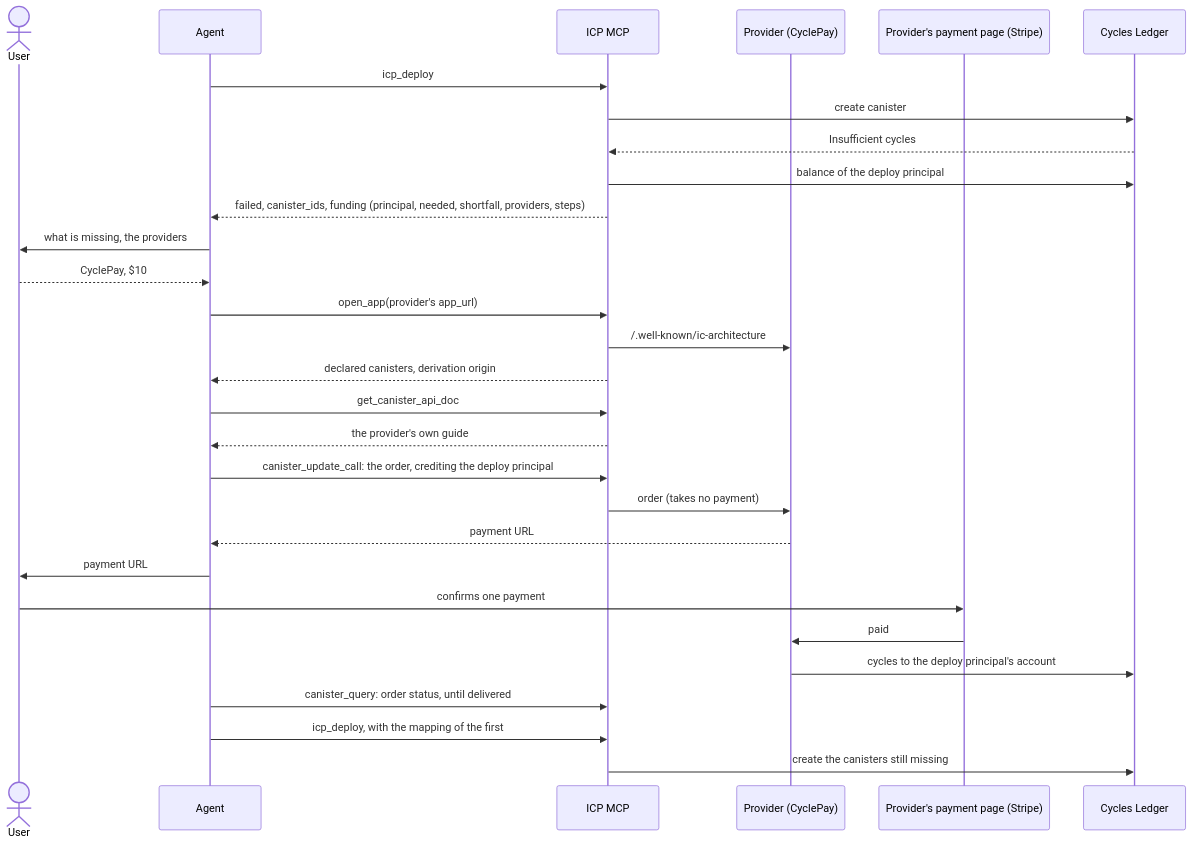
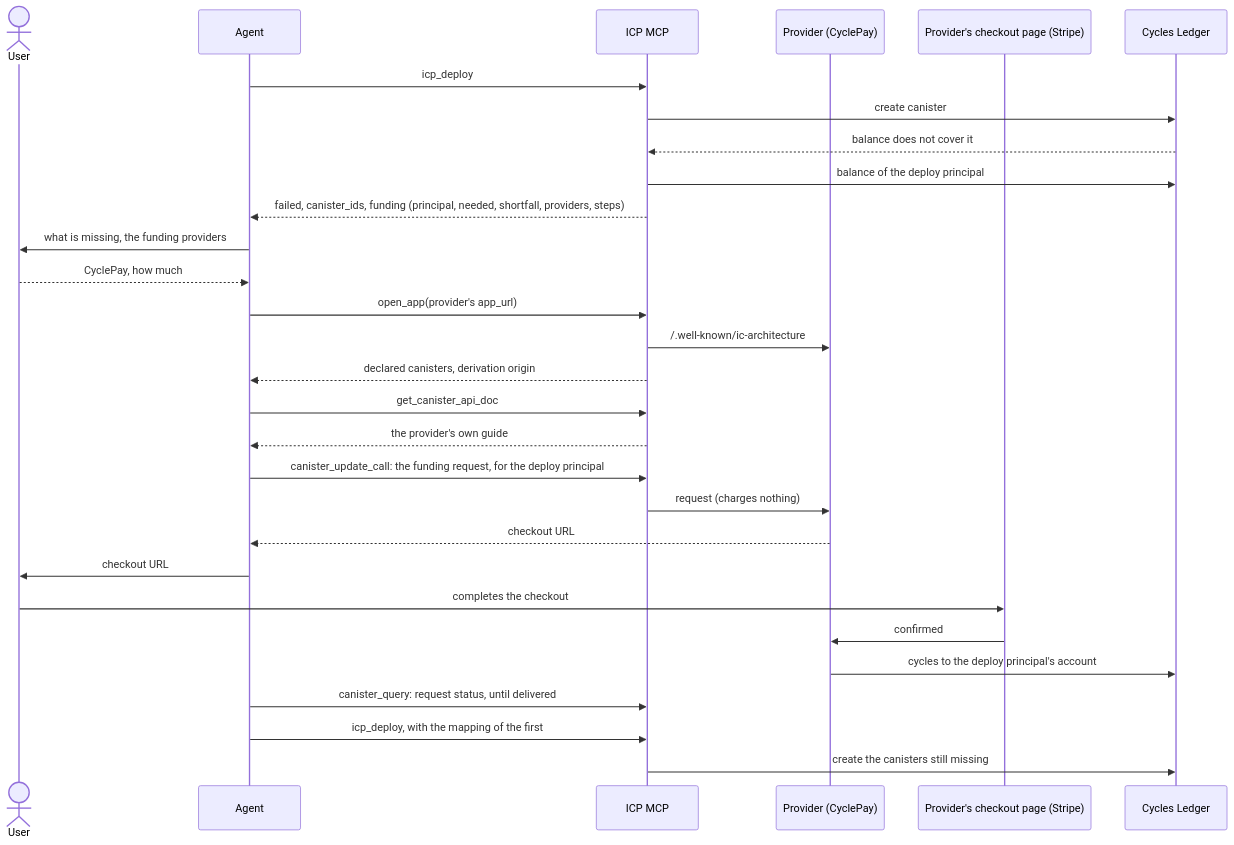
The diagram in docs/scoping-cycles-funding.md (dfinity/imcp2), drawn with Mermaid before and after one commit. The commit also changed other lines of this file and 7 other files, not shown here.

````diff
--- a/docs/scoping-cycles-funding.md
+++ b/docs/scoping-cycles-funding.md
@@ -173,32 +184,32 @@
 ```mermaid
 sequenceDiagram
     actor U as User
     participant A as Agent
     participant M as ICP MCP
     participant P as Provider (CyclePay)
-    participant S as Provider's payment page (Stripe)
+    participant S as Provider's checkout page (Stripe)
     participant L as Cycles Ledger
 
     A->>M: icp_deploy
     M->>L: create canister
-    L-->>M: Insufficient cycles
+    L-->>M: balance does not cover it
     M->>L: balance of the deploy principal
     M-->>A: failed, canister_ids, funding (principal, needed, shortfall, providers, steps)
-    A->>U: what is missing, the providers
-    U-->>A: CyclePay, $10
+    A->>U: what is missing, the funding providers
+    U-->>A: CyclePay, how much
     A->>M: open_app(provider's app_url)
     M->>P: /.well-known/ic-architecture
     M-->>A: declared canisters, derivation origin
     A->>M: get_canister_api_doc
     M-->>A: the provider's own guide
-    A->>M: canister_update_call: the order, crediting the deploy principal
-    M->>P: order (takes no payment)
-    P-->>A: payment URL
-    A->>U: payment URL
-    U->>S: confirms one payment
-    S->>P: paid
+    A->>M: canister_update_call: the funding request, for the deploy principal
+    M->>P: request (charges nothing)
+    P-->>A: checkout URL
+    A->>U: checkout URL
+    U->>S: completes the checkout
+    S->>P: confirmed
     P->>L: cycles to the deploy principal's account
-    A->>M: canister_query: order status, until delivered
+    A->>M: canister_query: request status, until delivered
     A->>M: icp_deploy, with the mapping of the first
     M->>L: create the canisters still missing
 ```
````
